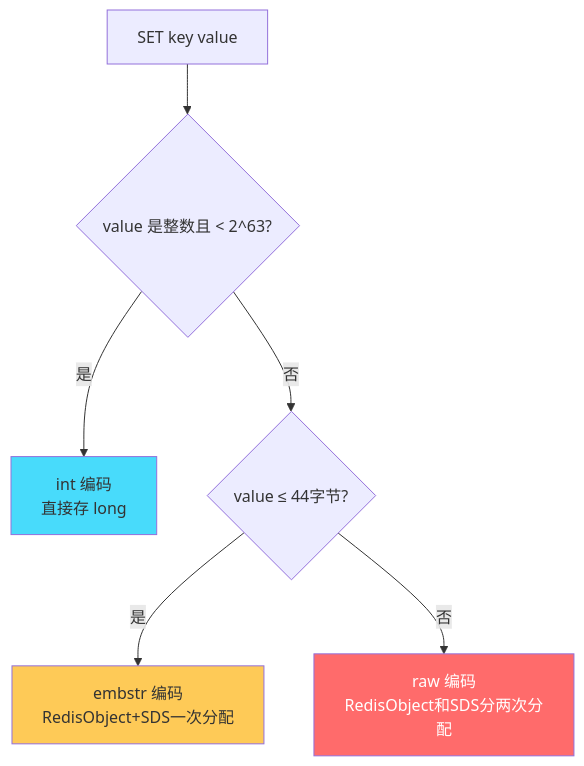
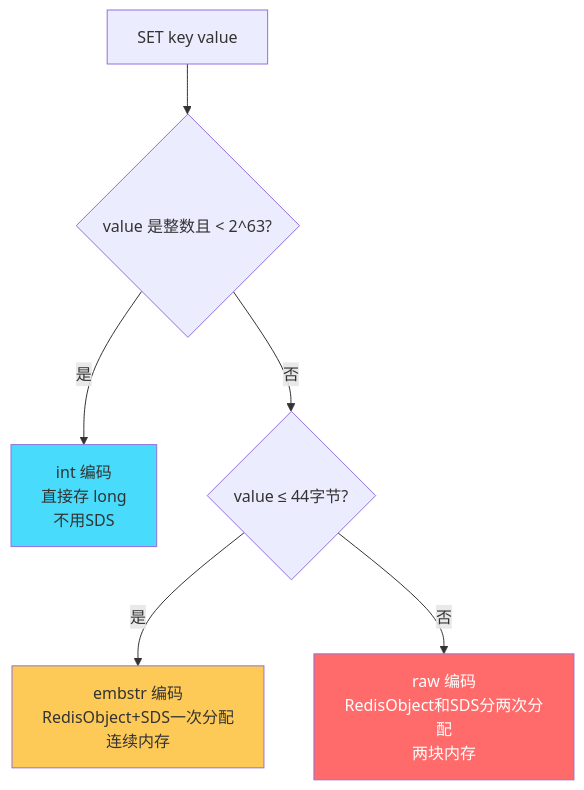
One commit to qigao0787-ops/gq-test changed the fourth of 31 diagrams in document/strengthen/分布式技术面试总结_增强版.md. Above: the diagram before and after it, drawn with Mermaid. The commit also changed other lines of this file, not shown here.

````diff
--- a/document/strengthen/分布式技术面试总结_增强版.md
+++ b/document/strengthen/分布式技术面试总结_增强版.md
@@ -325,12 +414,12 @@
 ```mermaid
 flowchart TD
     A[SET key value] --> B{value 是整数且 < 2^63?}
-    B -->|是| C[int 编码<br/>直接存 long]
+    B -->|是| C[int 编码<br/>直接存 long<br/>不用SDS]
     B -->|否| D{value ≤ 44字节?}
-    D -->|是| E[embstr 编码<br/>RedisObject+SDS一次分配]
-    D -->|否| F[raw 编码<br/>RedisObject和SDS分两次分配]
+    D -->|是| E[embstr 编码<br/>RedisObject+SDS一次分配<br/>连续内存]
+    D -->|否| F[raw 编码<br/>RedisObject和SDS分两次分配<br/>两块内存]
 
     style C fill:#48dbfb
     style E fill:#feca57
     style F fill:#ff6b6b,color:#fff
 ```
````
